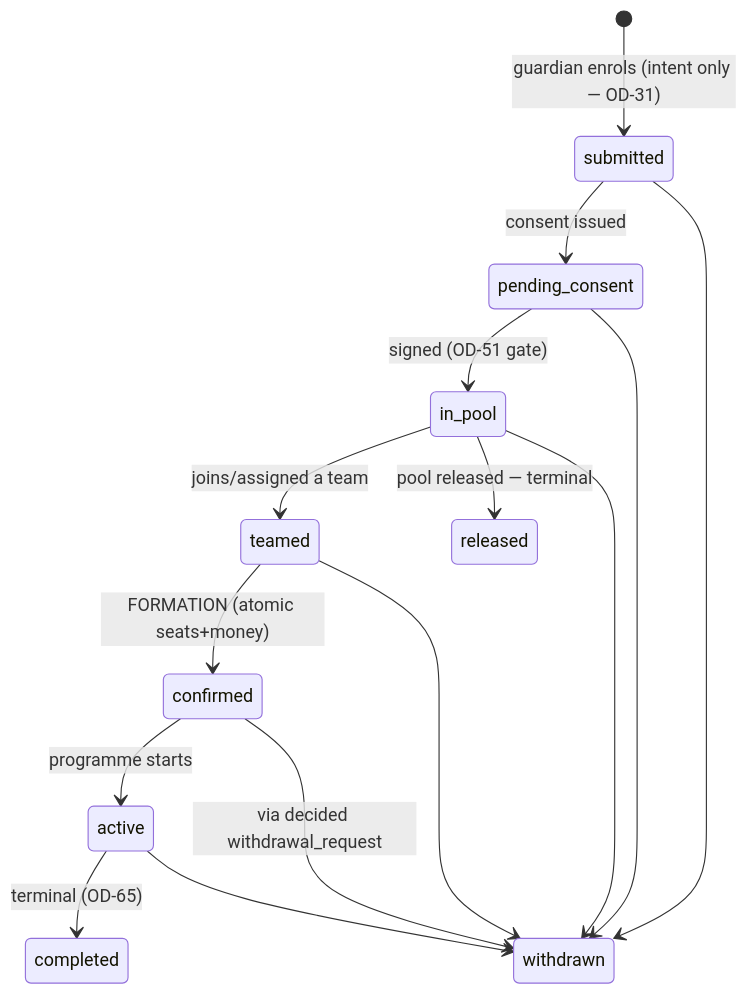
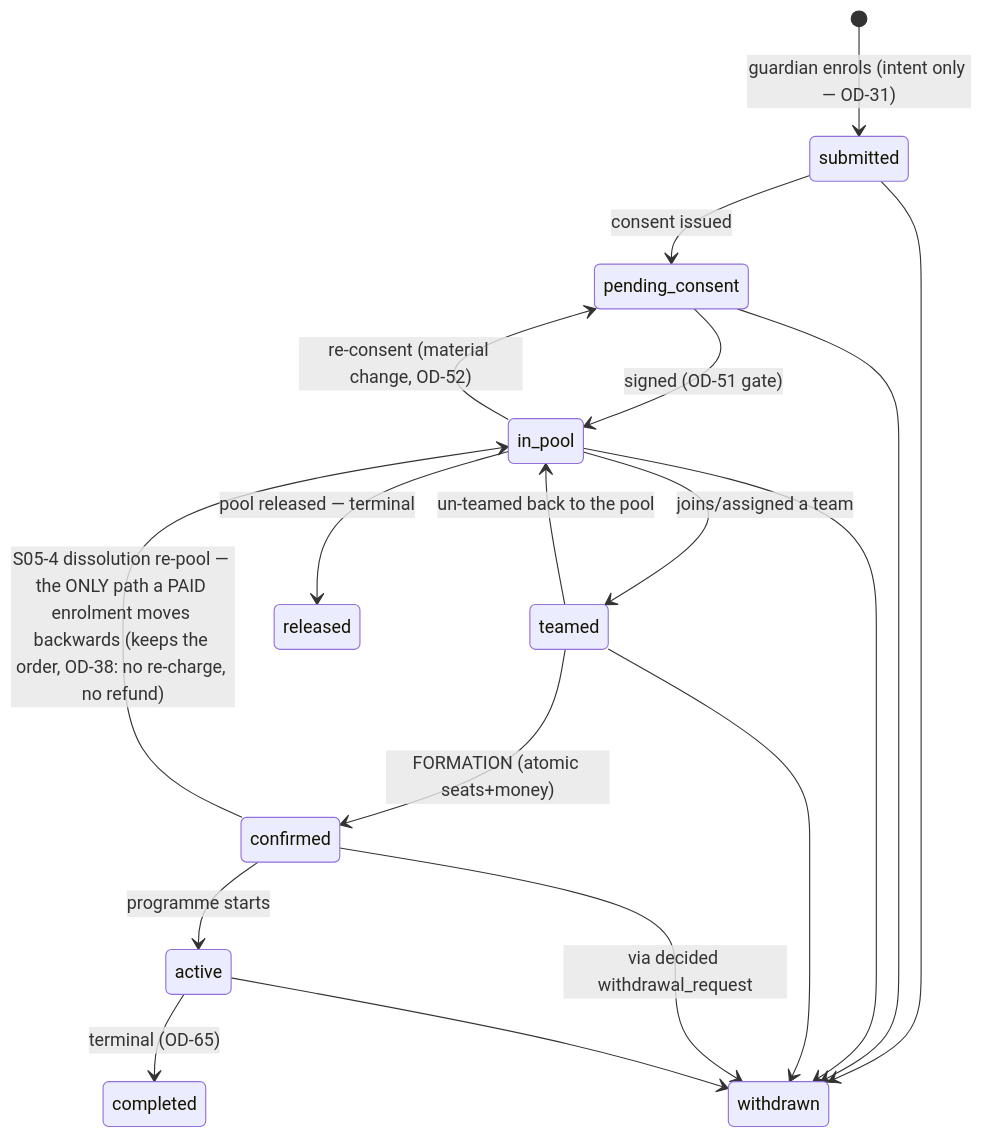
One commit to Ivanwongclub/ka-playground changed the third of 7 diagrams in docs/reference/KAP-DATA-ATLAS.md. Above: the diagram before and after it, drawn with Mermaid. The commit also changed other lines of this file and 3 other files, not shown here.

````diff
--- a/docs/reference/KAP-DATA-ATLAS.md
+++ b/docs/reference/KAP-DATA-ATLAS.md
@@ -161,17 +161,20 @@
 ```mermaid
 stateDiagram-v2
     [*] --> submitted: guardian enrols (intent only — OD-31)
     submitted --> pending_consent: consent issued
     pending_consent --> in_pool: signed (OD-51 gate)
     in_pool --> teamed: joins/assigned a team
     teamed --> confirmed: FORMATION (atomic seats+money)
     confirmed --> active: programme starts
     active --> completed: terminal (OD-65)
     in_pool --> released: pool released — terminal
+    in_pool --> pending_consent: re-consent (material change, OD-52)
+    teamed --> in_pool: un-teamed back to the pool
+    confirmed --> in_pool: S05-4 dissolution re-pool — the ONLY path a PAID enrolment moves backwards (keeps the order, OD-38: no re-charge, no refund)
     submitted --> withdrawn
     pending_consent --> withdrawn
     in_pool --> withdrawn
     teamed --> withdrawn
     confirmed --> withdrawn: via decided withdrawal_request
     active --> withdrawn
 ```
````
